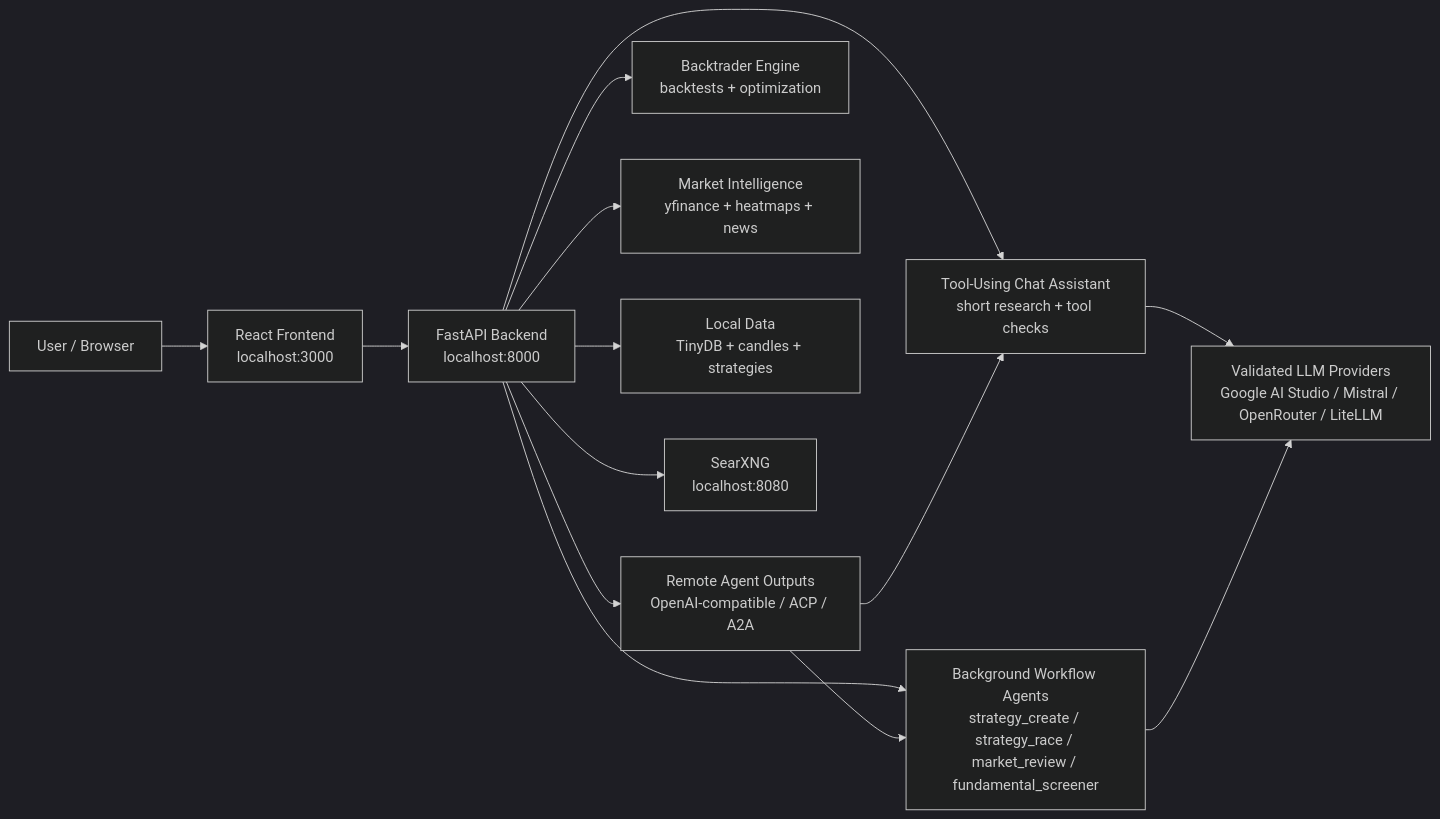
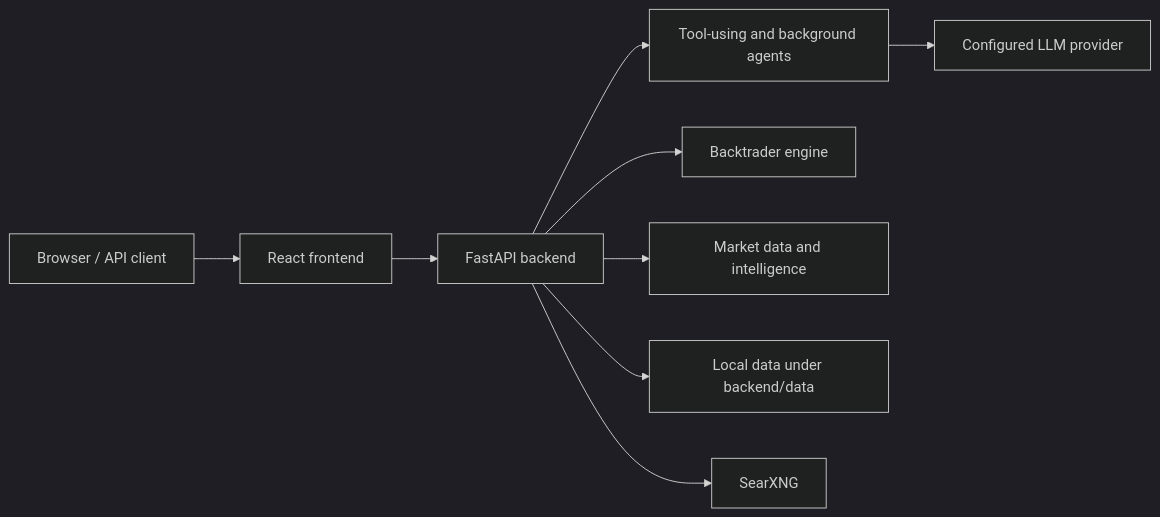
One commit to mrhustlex/TradingSpy-TradingAgentService changed the diagram in README.md. Above: the diagram before and after it, drawn with Mermaid (dark theme). The commit also changed other lines of this file and 24 other files, not shown here.

````diff
--- a/README.md
+++ b/README.md
@@ -177,16 +201,11 @@
 ```mermaid
 flowchart LR
-    User["User / Browser"] --> Frontend["React Frontend<br/>localhost:3000"]
-    Frontend --> Backend["FastAPI Backend<br/>localhost:8000"]
-    Backend --> ChatAgent["Tool-Using Chat Assistant<br/>short research + tool checks"]
-    Backend --> WorkflowAgent["Background Workflow Agents<br/>strategy_create / strategy_race / market_review / fundamental_screener"]
-    Backend --> RemoteAgents["Remote Agent Outputs<br/>OpenAI-compatible / ACP / A2A"]
-    Backend --> Backtest["Backtrader Engine<br/>backtests + optimization"]
-    Backend --> Market["Market Intelligence<br/>yfinance + heatmaps + news"]
-    Backend --> Store["Local Data<br/>TinyDB + candles + strategies"]
-    Backend --> Search["SearXNG<br/>localhost:8080"]
-    ChatAgent --> LLM["Validated LLM Providers<br/>Google AI Studio / Mistral / OpenRouter / LiteLLM"]
-    WorkflowAgent --> LLM
-    RemoteAgents --> ChatAgent
-    RemoteAgents --> WorkflowAgent
+    User["Browser / API client"] --> Frontend["React frontend"]
+    Frontend --> Backend["FastAPI backend"]
+    Backend --> Agents["Tool-using and background agents"]
+    Backend --> Backtest["Backtrader engine"]
+    Backend --> Market["Market data and intelligence"]
+    Backend --> Store["Local data under backend/data"]
+    Backend --> Search["SearXNG"]
+    Agents --> LLM["Configured LLM provider"]
 ```
````
